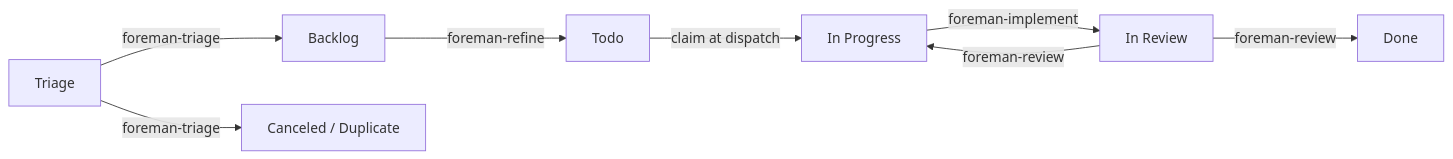
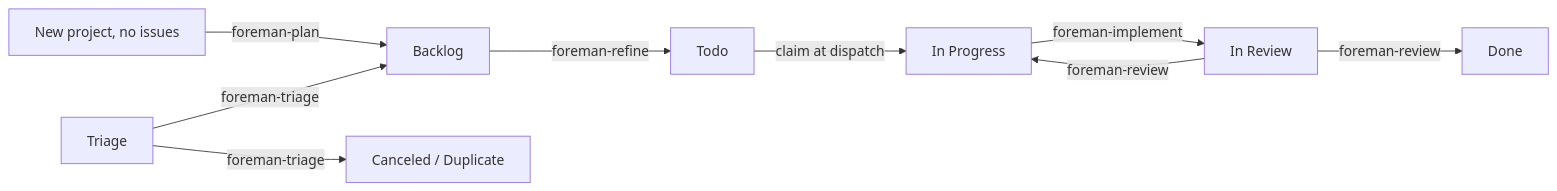
One commit to andyhite/foreman changed the diagram in README.md. Above: the diagram before and after it, drawn with Mermaid. The commit also changed other lines of this file and 72 other files, not shown here.

````diff
--- a/README.md
+++ b/README.md
@@ -15,10 +15,11 @@
 ```mermaid
 flowchart LR
-    T[Triage] -->|foreman-triage| B[Backlog]
+    N[New project, no issues] -->|foreman-plan| B[Backlog]
+    T[Triage] -->|foreman-triage| B
     T -->|foreman-triage| X[Canceled / Duplicate]
     B -->|foreman-refine| R[Todo]
     R -->|claim at dispatch| P[In Progress]
     P -->|foreman-implement| V[In Review]
     V -->|foreman-review| D[Done]
     V -->|foreman-review| P
 ```
````
